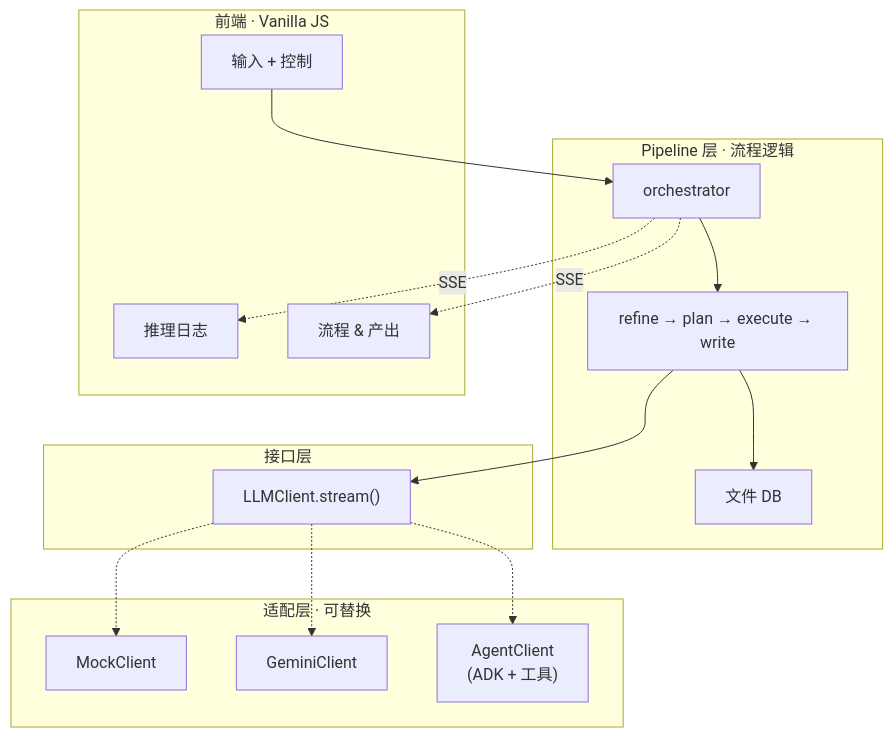
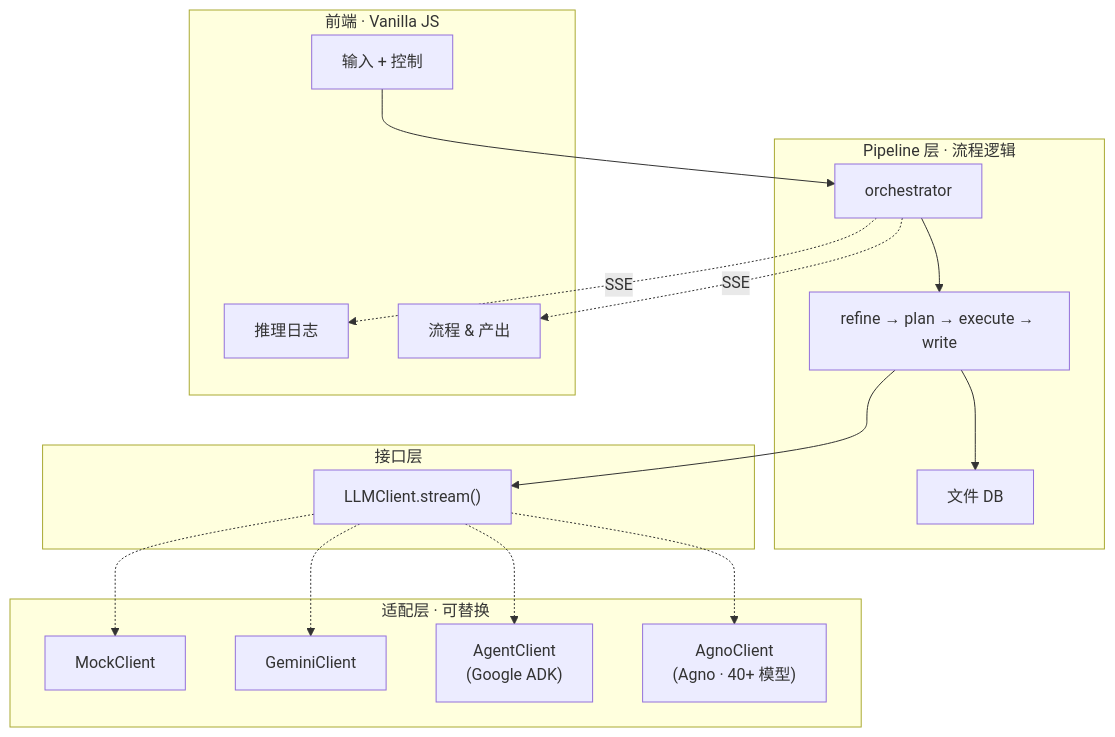
Before and after one commit to dozybot001/maars: the second of 2 diagrams in README_CN.md, drawn with Mermaid. The commit also changed other lines of this file and 1 other file, not shown here.

First line of the commit message:
docs: update README mode tables and architecture diagrams for 4 modes

````diff
--- a/README_CN.md
+++ b/README_CN.md
@@ -47,32 +48,34 @@
 ```mermaid
 flowchart TB
     subgraph Pipeline["Pipeline 层 · 流程逻辑"]
         ORCH["orchestrator"] --> STAGES["refine → plan → execute → write"]
         STAGES --> DB["文件 DB"]
     end
 
     subgraph Interface["接口层"]
         LLM["LLMClient.stream()"]
     end
 
     subgraph Adapters["适配层 · 可替换"]
         MOCK["MockClient"]
         GEMINI["GeminiClient"]
-        AGENT["AgentClient\n(ADK + 工具)"]
+        ADK["AgentClient\n(Google ADK)"]
+        AGNO["AgnoClient\n(Agno · 40+ 模型)"]
     end
 
     STAGES --> LLM
     LLM -.-> MOCK
     LLM -.-> GEMINI
-    LLM -.-> AGENT
+    LLM -.-> ADK
+    LLM -.-> AGNO
 
     subgraph FE["前端 · Vanilla JS"]
         UI["输入 + 控制"]
         LOG["推理日志"]
         PROC["流程 & 产出"]
     end
 
     UI --> ORCH
     ORCH -."SSE".-> LOG
     ORCH -."SSE".-> PROC
 ```
````
